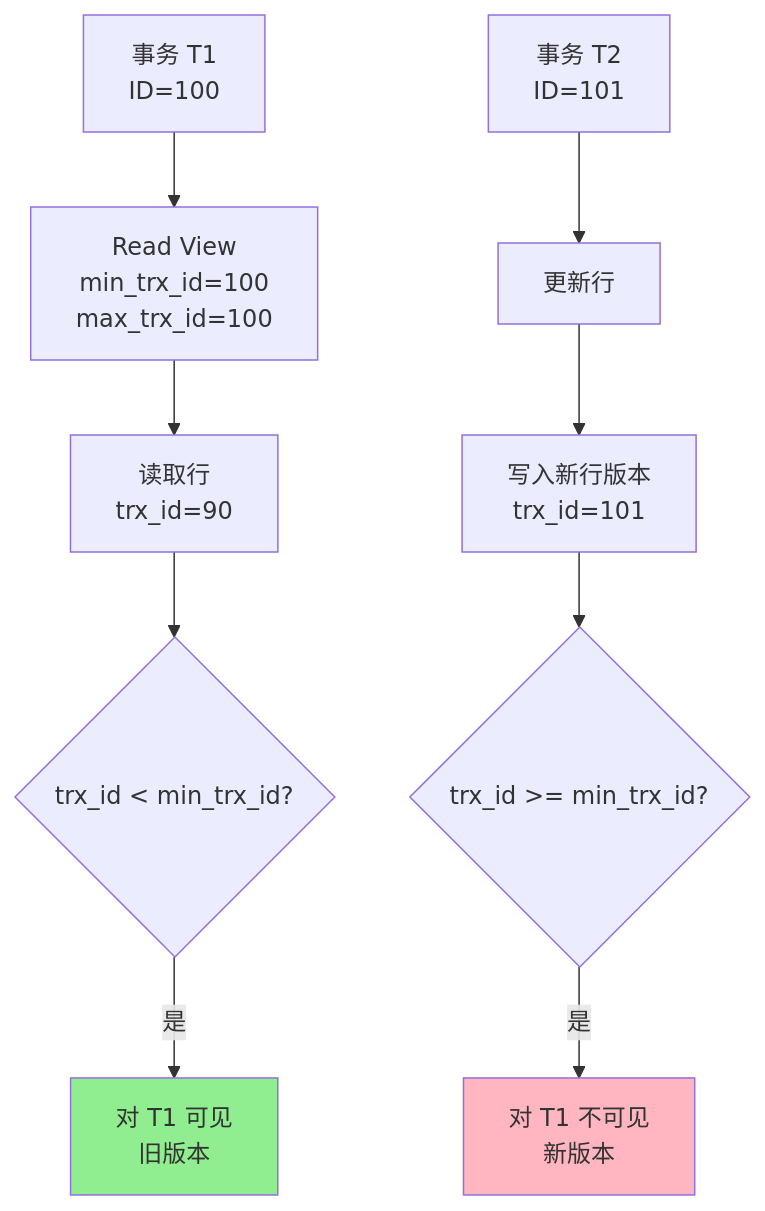
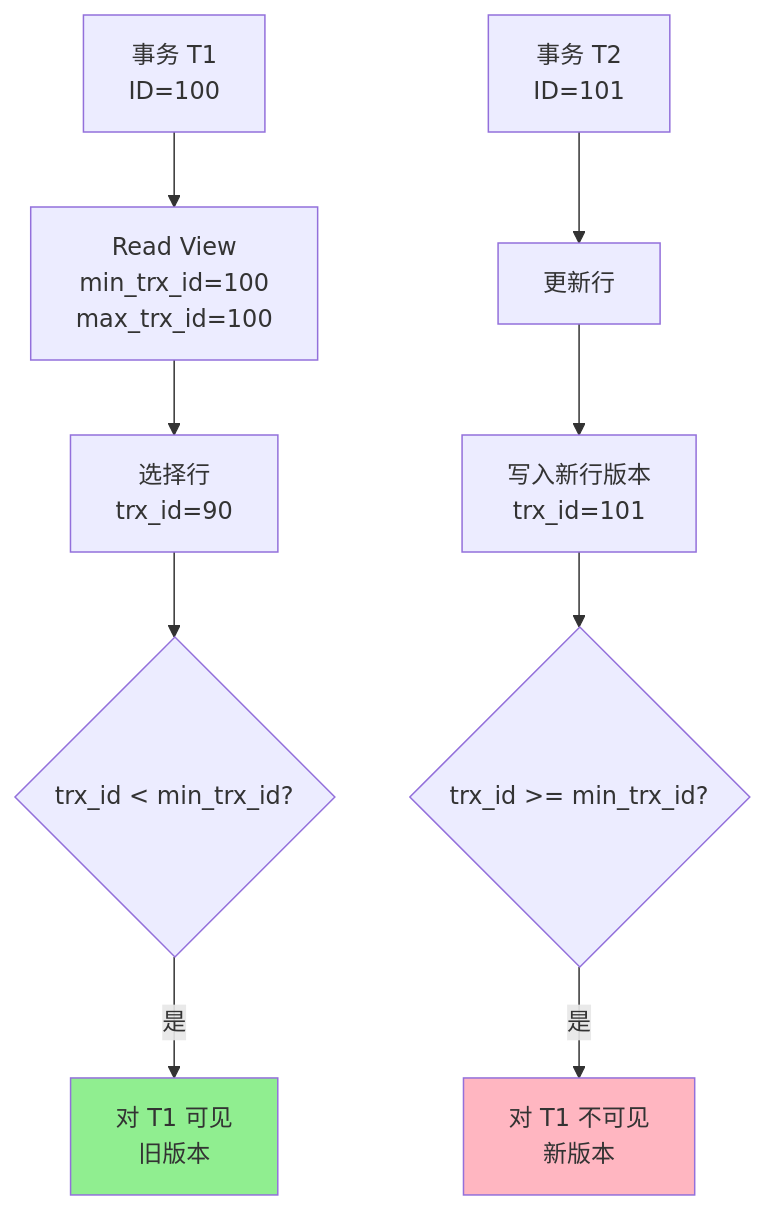
The fourth of 5 diagrams in i18n/zh-Hans/docusaurus-plugin-content-docs/current/cs/database/mysql/transactions.mdx (YiWang24/AiDIY), drawn with Mermaid before and after one commit. The commit also changed other lines of this file and 59 other files, not shown here.

````diff
--- a/i18n/zh-Hans/docusaurus-plugin-content-docs/current/cs/database/mysql/transactions.mdx
+++ b/i18n/zh-Hans/docusaurus-plugin-content-docs/current/cs/database/mysql/transactions.mdx
@@ -265,16 +265,16 @@
 ```mermaid
 graph TD
     A[事务 T1<br/>ID=100] --> B[Read View<br/>min_trx_id=100<br/>max_trx_id=100]
-    B --> C[读取行<br/>trx_id=90]
+    B --> C[选择行<br/>trx_id=90]
 
     D[事务 T2<br/>ID=101] --> E[更新行]
     E --> F[写入新行版本<br/>trx_id=101]
 
     C --> G{trx_id < min_trx_id?}
     G -->|是| H[对 T1 可见<br/>旧版本]
     F --> I{trx_id >= min_trx_id?}
     I -->|是| J[对 T1 不可见<br/>新版本]
 
     style H fill:#90EE90
     style J fill:#FFB6C1
 ```
````
